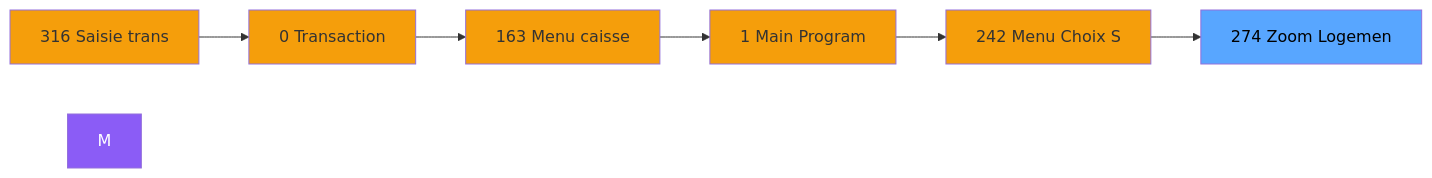
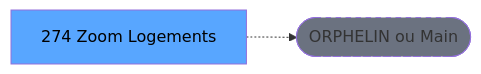
The second of 3 diagrams in .openspec/specs/ADH-IDE-274.md (thonyAGP/lecteur-magic), drawn with Mermaid before and after one commit. The commit also changed other lines of this file and 701 other files, not shown here.

````diff
--- a/.openspec/specs/ADH-IDE-274.md
+++ b/.openspec/specs/ADH-IDE-274.md
@@ -127,21 +119,8 @@
 ```mermaid
 graph LR
-    N316[316 Saisie trans]
-    N0[0 Transaction ]
-    N163[163 Menu caisse ]
-    N1[1 Main Program]
-    N242[242 Menu Choix S]
-    T[274 Zoom Logemen]
-    N316 --> N0
-    N0 --> N163
-    N163 --> N1
-    N1 --> N242
-    N242 --> T
-    style M fill:#8b5cf6,color:#fff
-    style N316 fill:#f59e0b
-    style N0 fill:#f59e0b
-    style N163 fill:#f59e0b
-    style N1 fill:#f59e0b
-    style N242 fill:#f59e0b
+    T[274 Zoom Logements]
+    ORPHAN([ORPHELIN ou Main])
+    T -.-> ORPHAN
     style T fill:#58a6ff,color:#000
+    style ORPHAN fill:#6b7280,stroke-dasharray: 5 5
 ```
````
